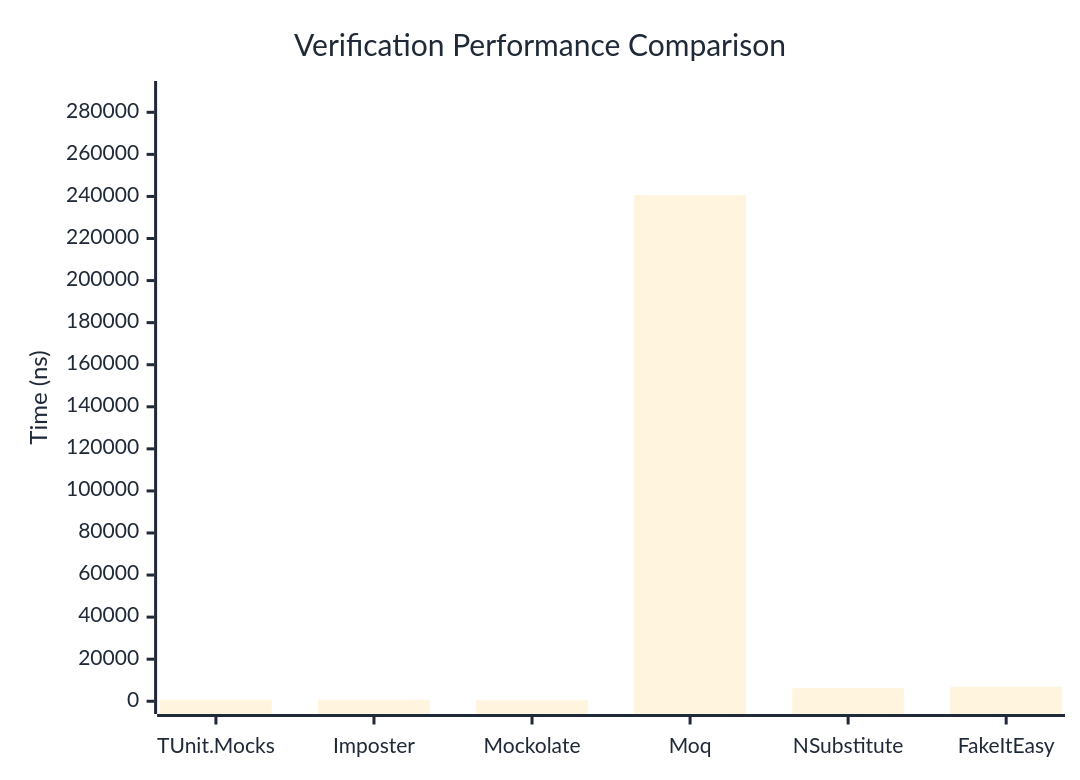
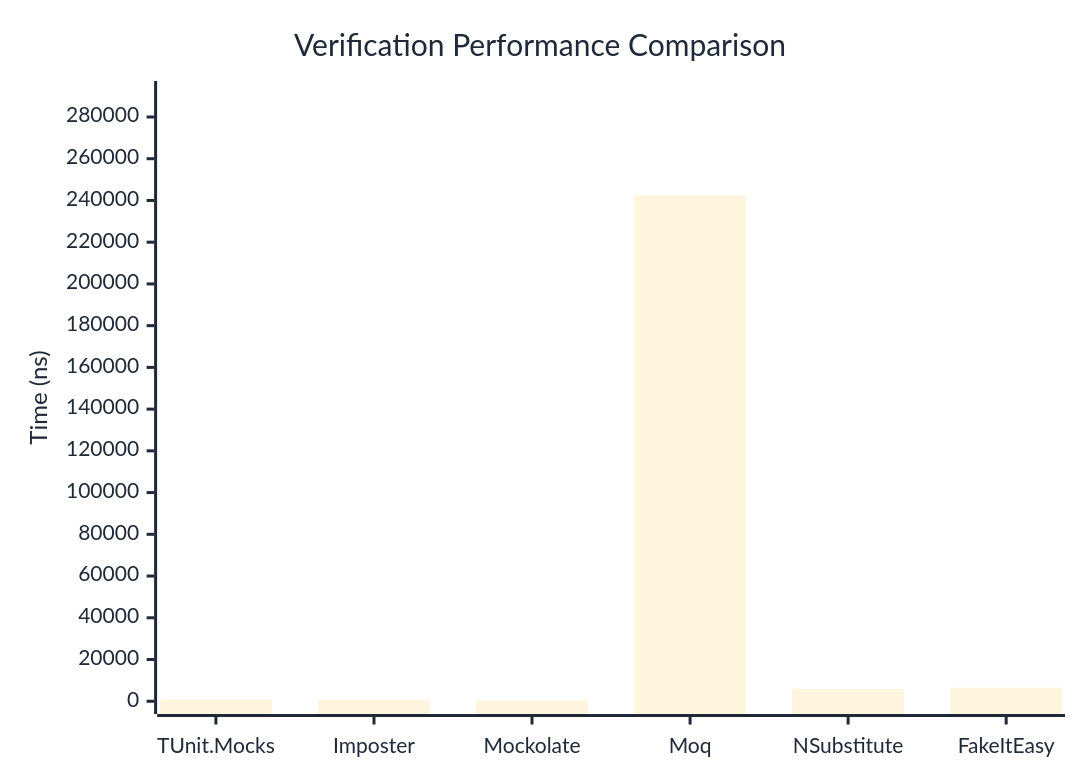
The first of 3 diagrams in docs/docs/benchmarks/mocks/Verification.md (thomhurst/TUnit), drawn with Mermaid before and after one commit. The commit also changed other lines of this file and 14 other files, not shown here.

````diff
--- a/docs/docs/benchmarks/mocks/Verification.md
+++ b/docs/docs/benchmarks/mocks/Verification.md
@@ -30,27 +30,27 @@
 ```mermaid
 %%{init: {
   'theme':'base',
   'themeVariables': {
     'primaryColor': '#2563eb',
     'primaryTextColor': '#1f2937',
     'primaryBorderColor': '#1e40af',
     'lineColor': '#6b7280',
     'secondaryColor': '#7c3aed',
     'tertiaryColor': '#dc2626',
     'background': '#ffffff',
     'pie1': '#2563eb',
     'pie2': '#7c3aed',
     'pie3': '#dc2626',
     'pie4': '#f59e0b',
     'pie5': '#10b981',
     'pie6': '#06b6d4',
     'pie7': '#ec4899',
     'pie8': '#6366f1'
   }
 }}%%
 xychart-beta
   title "Verification Performance Comparison"
   x-axis ["TUnit.Mocks", "Imposter", "Mockolate", "Moq", "NSubstitute", "FakeItEasy"]
-  y-axis "Time (ns)" 0 --> 288824
-  bar [768.38, 728.9, 420.23, 240686.23, 6177.72, 6876.82]
+  y-axis "Time (ns)" 0 --> 291138
+  bar [748.11, 695.28, 426.28, 242614.76, 5922.58, 6528.41]
 ```
````
